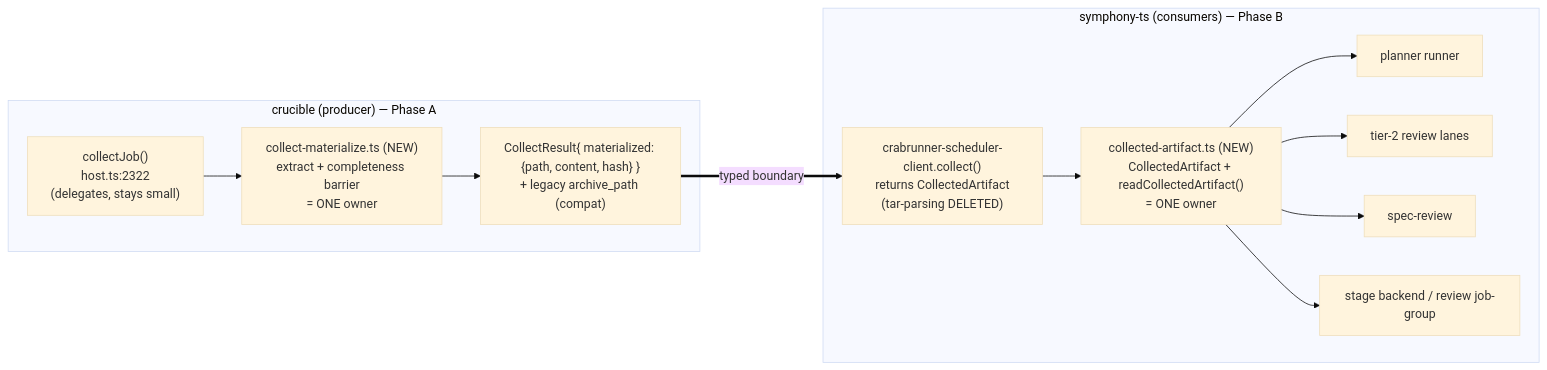
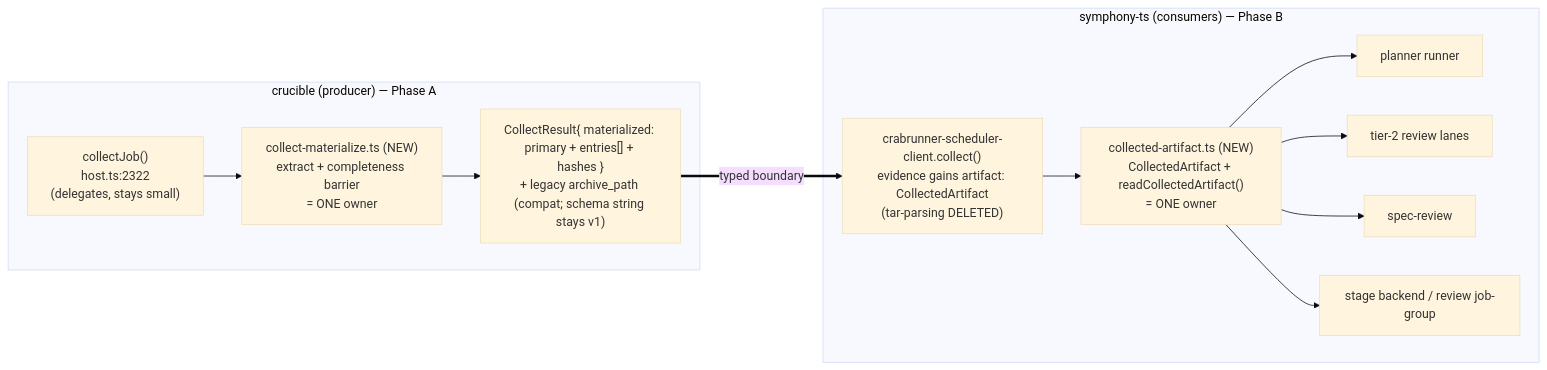
Before and after one commit to mobilyze-llc/symphony-ts: the diagram in docs/plans/2026-07-05-001-refactor-crabrunner-artifact-materialization-plan.md, drawn with Mermaid (base theme). The commit also changed other lines of this file, not shown here.

First line of the commit message:
docs(plan): harden crabrunner artifact-materialization plan via 2-round ce-doc-review (#721)

````diff
--- a/docs/plans/2026-07-05-001-refactor-crabrunner-artifact-materialization-plan.md
+++ b/docs/plans/2026-07-05-001-refactor-crabrunner-artifact-materialization-plan.md
@@ -89,20 +101,20 @@
 ```mermaid
 flowchart LR
   subgraph CRU["crucible (producer) — Phase A"]
     CJ["collectJob()\nhost.ts:2322\n(delegates, stays small)"]
     CM["collect-materialize.ts (NEW)\nextract + completeness barrier\n= ONE owner"]
     CJ --> CM
-    CM --> CR["CollectResult{ materialized: {path, content, hash} }\n+ legacy archive_path (compat)"]
+    CM --> CR["CollectResult{ materialized: primary + entries[] + hashes }\n+ legacy archive_path (compat; schema string stays v1)"]
   end
   CR ==>|typed boundary| SC
   subgraph SYM["symphony-ts (consumers) — Phase B"]
-    SC["crabrunner-scheduler-client.collect()\nreturns CollectedArtifact\n(tar-parsing DELETED)"]
+    SC["crabrunner-scheduler-client.collect()\nevidence gains artifact: CollectedArtifact\n(tar-parsing DELETED)"]
     CA["collected-artifact.ts (NEW)\nCollectedArtifact + readCollectedArtifact()\n= ONE owner"]
     SC --> CA
     CA --> P1["planner runner"]
     CA --> P2["tier-2 review lanes"]
     CA --> P3["spec-review"]
     CA --> P4["stage backend / review job-group"]
   end
   classDef del fill:#fff,stroke:#c00,stroke-dasharray:4 3;
 ```
````
